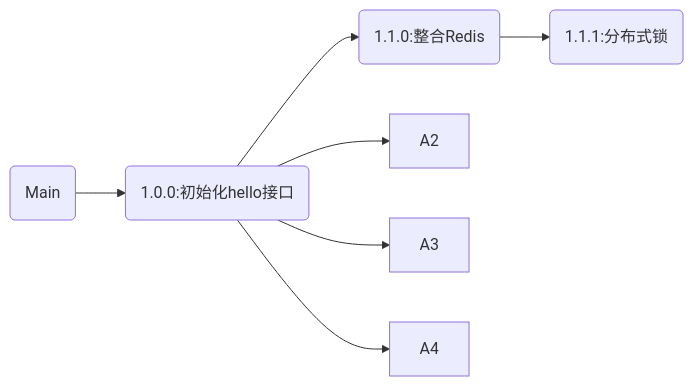
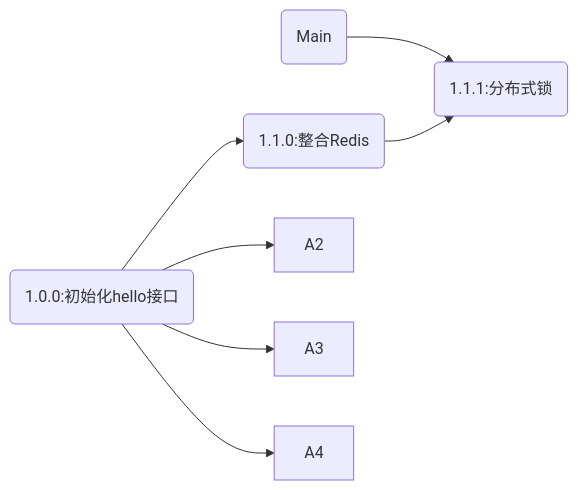
Before and after one commit to moyifengxue/simple_functions: the diagram in README.md, drawn with Mermaid.

Commit message:
合并1.1.1到Main

````diff
--- a/README.md
+++ b/README.md
@@ -24,9 +24,9 @@
 ```mermaid
 graph LR;
+B(Main)-->A11
 A(1.0.0:初始化hello接口)-->A1;
 A(1.0.0:初始化hello接口)-->A2;
 A(1.0.0:初始化hello接口)-->A3;
 A(1.0.0:初始化hello接口)-->A4;
 A1(1.1.0:整合Redis)-->A11(1.1.1:分布式锁);
-B(Main)-->A
 ```
````
